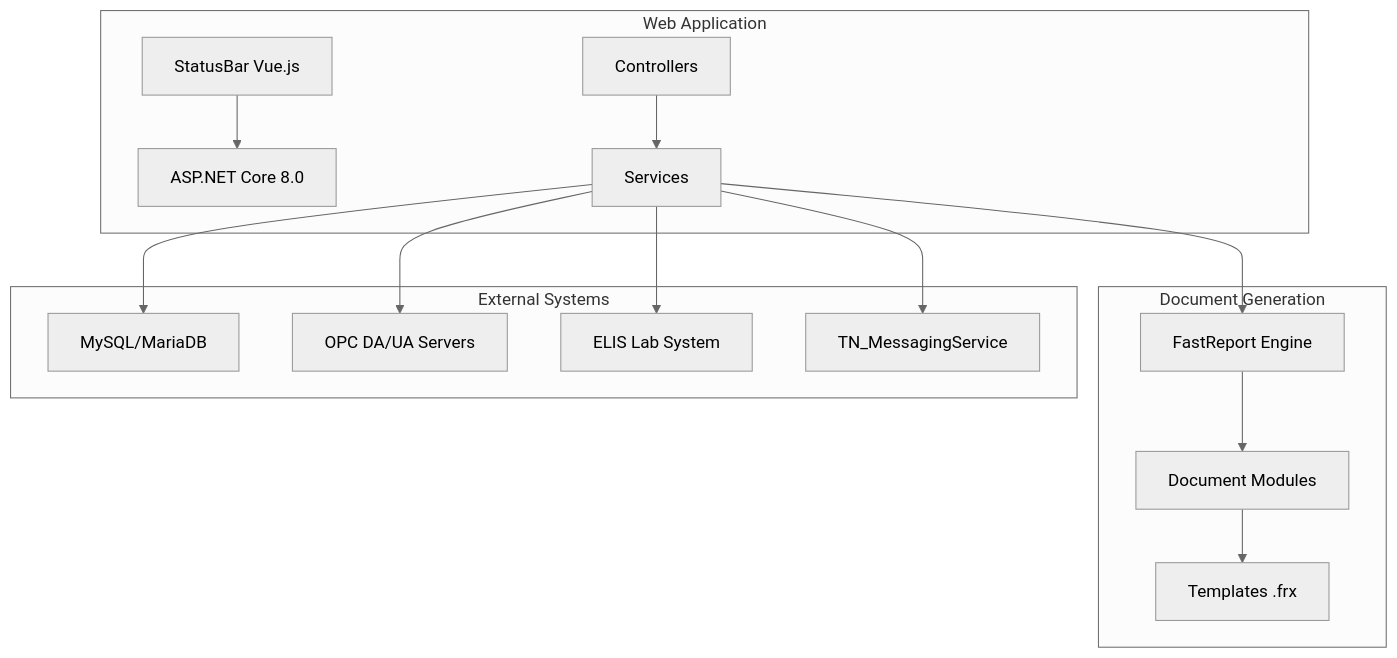
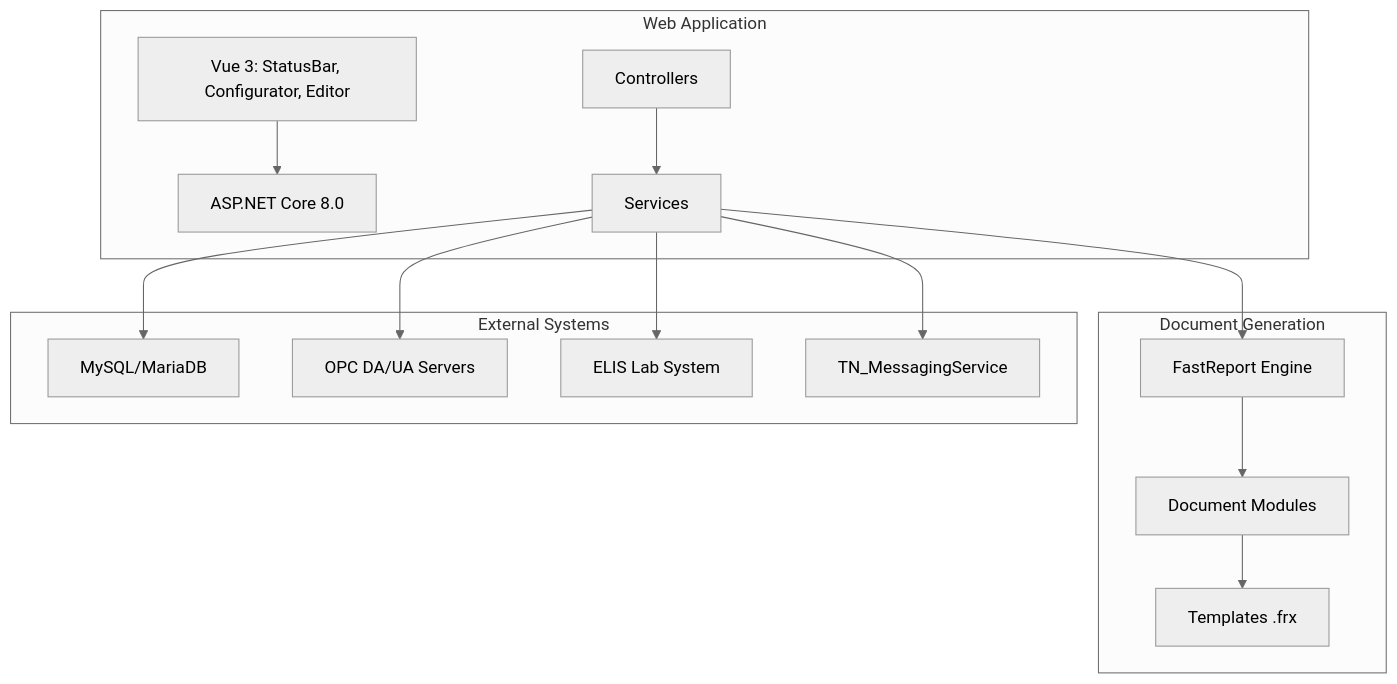
Before and after one commit to tn-ivk/tn-doc: the diagram in README.md, drawn with Mermaid (neutral theme). The commit also changed other lines of this file and 6 other files, not shown here.

````diff
--- a/README.md
+++ b/README.md
@@ -84,32 +84,32 @@
 ```mermaid
 graph TB
     subgraph "Web Application"
         A[ASP.NET Core 8.0]
         B[Controllers]
         C[Services]
-        D[StatusBar Vue.js]
+        D[Vue 3: StatusBar, Configurator, Editor]
     end
 
     subgraph "Document Generation"
         E[FastReport Engine]
         F[Document Modules]
         G[Templates .frx]
     end
 
     subgraph "External Systems"
         H[MySQL/MariaDB]
         I[OPC DA/UA Servers]
         J[ELIS Lab System]
         K[TN_MessagingService]
     end
 
     B --> C
     C --> E
     E --> F
     F --> G
     C --> H
     C --> I
     C --> J
     C --> K
     D --> A
 ```
````
